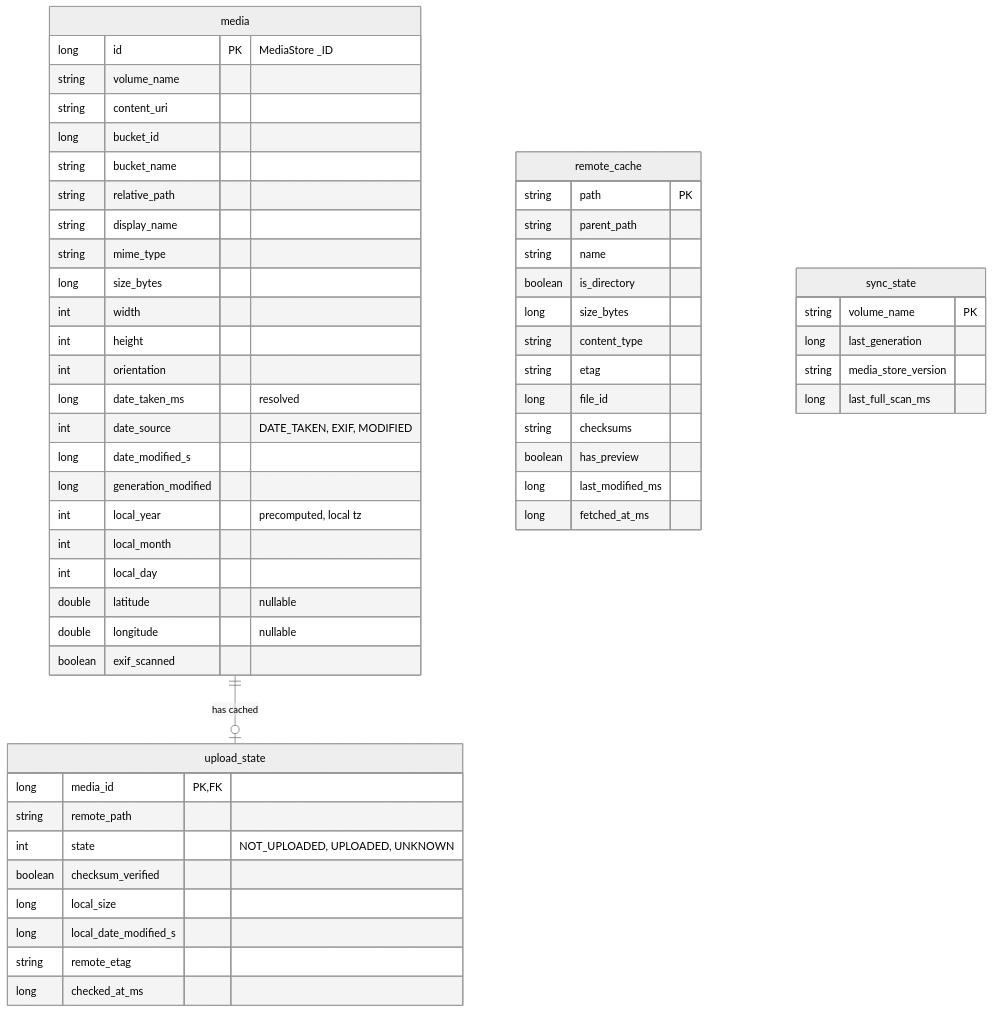
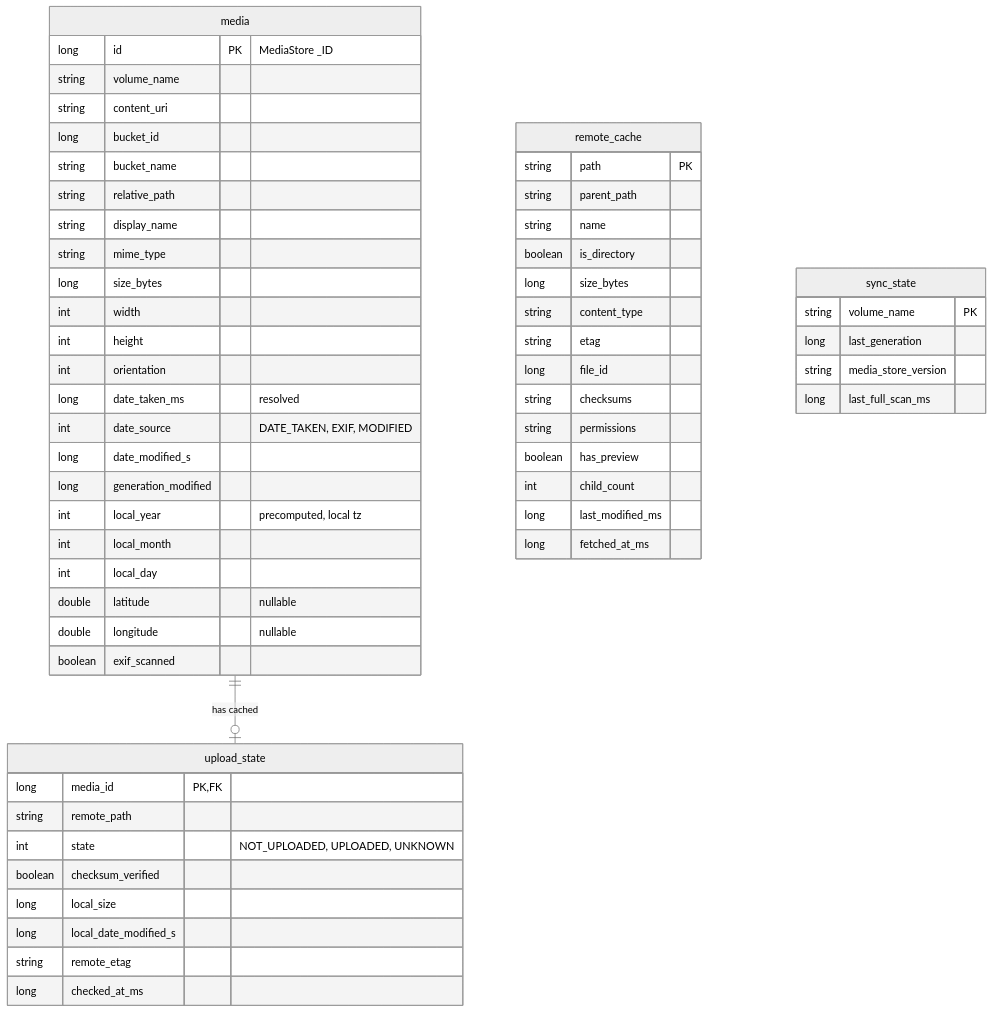
The third of 12 diagrams in docs/ARCHITECTURE.md (drehtuer/NextGalleryApp), drawn with Mermaid (neutral theme) before and after one commit. The commit also changed other lines of this file and 171 other files, not shown here.

````diff
--- a/docs/ARCHITECTURE.md
+++ b/docs/ARCHITECTURE.md
@@ -370,59 +388,61 @@
 ```mermaid
 erDiagram
     media {
         long id PK "MediaStore _ID"
         string volume_name
         string content_uri
         long bucket_id
         string bucket_name
         string relative_path
         string display_name
         string mime_type
         long size_bytes
         int width
         int height
         int orientation
         long date_taken_ms "resolved"
         int date_source "DATE_TAKEN, EXIF, MODIFIED"
         long date_modified_s
         long generation_modified
         int local_year "precomputed, local tz"
         int local_month
         int local_day
         double latitude "nullable"
         double longitude "nullable"
         boolean exif_scanned
     }
     upload_state {
         long media_id PK, FK
         string remote_path
         int state "NOT_UPLOADED, UPLOADED, UNKNOWN"
         boolean checksum_verified
         long local_size
         long local_date_modified_s
         string remote_etag
         long checked_at_ms
     }
     remote_cache {
         string path PK
         string parent_path
         string name
         boolean is_directory
         long size_bytes
         string content_type
         string etag
         long file_id
         string checksums
+        string permissions
         boolean has_preview
+        int child_count
         long last_modified_ms
         long fetched_at_ms
     }
     sync_state {
         string volume_name PK
         long last_generation
         string media_store_version
         long last_full_scan_ms
     }
 
     media ||--o| upload_state : "has cached"
 ```
````
